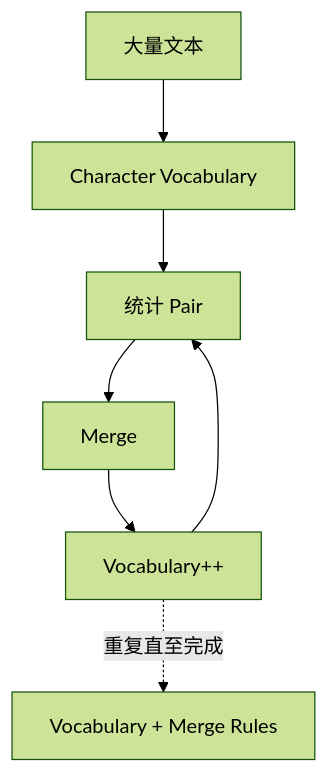
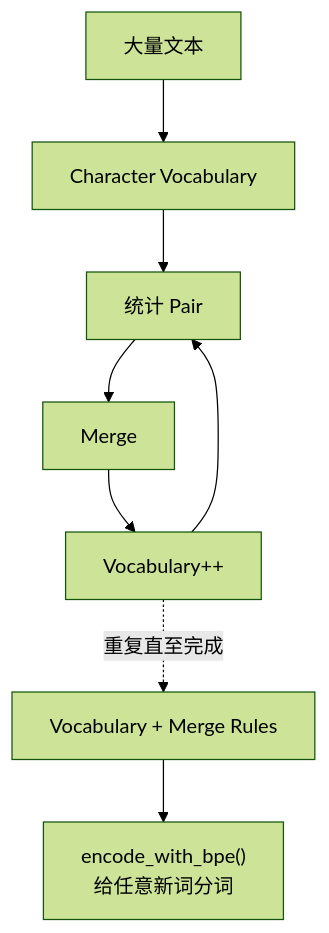
Before and after one commit to AI-learning-simple/Build-Your-Own-LLM: the second of 3 diagrams in 1. LLM基础(What)/2.6 训练一个 Mini BPE Tokenizer.md, drawn with Mermaid (forest theme). The commit also changed other lines of this file and 6 other files, not shown here.

````diff
--- a/1. LLM基础(What)/2.6 训练一个 Mini BPE Tokenizer.md
+++ b/1. LLM基础(What)/2.6 训练一个 Mini BPE Tokenizer.md
@@ -140,6 +243,7 @@
 ```mermaid
 flowchart TD
     A[大量文本] --> B[Character Vocabulary] --> C[统计 Pair] --> D[Merge] --> E["Vocabulary++"]
     E --> C
     E -.重复直至完成.-> F["Vocabulary + Merge Rules"]
+    F --> G["encode_with_bpe()<br/>给任意新词分词"]
 ```
````
